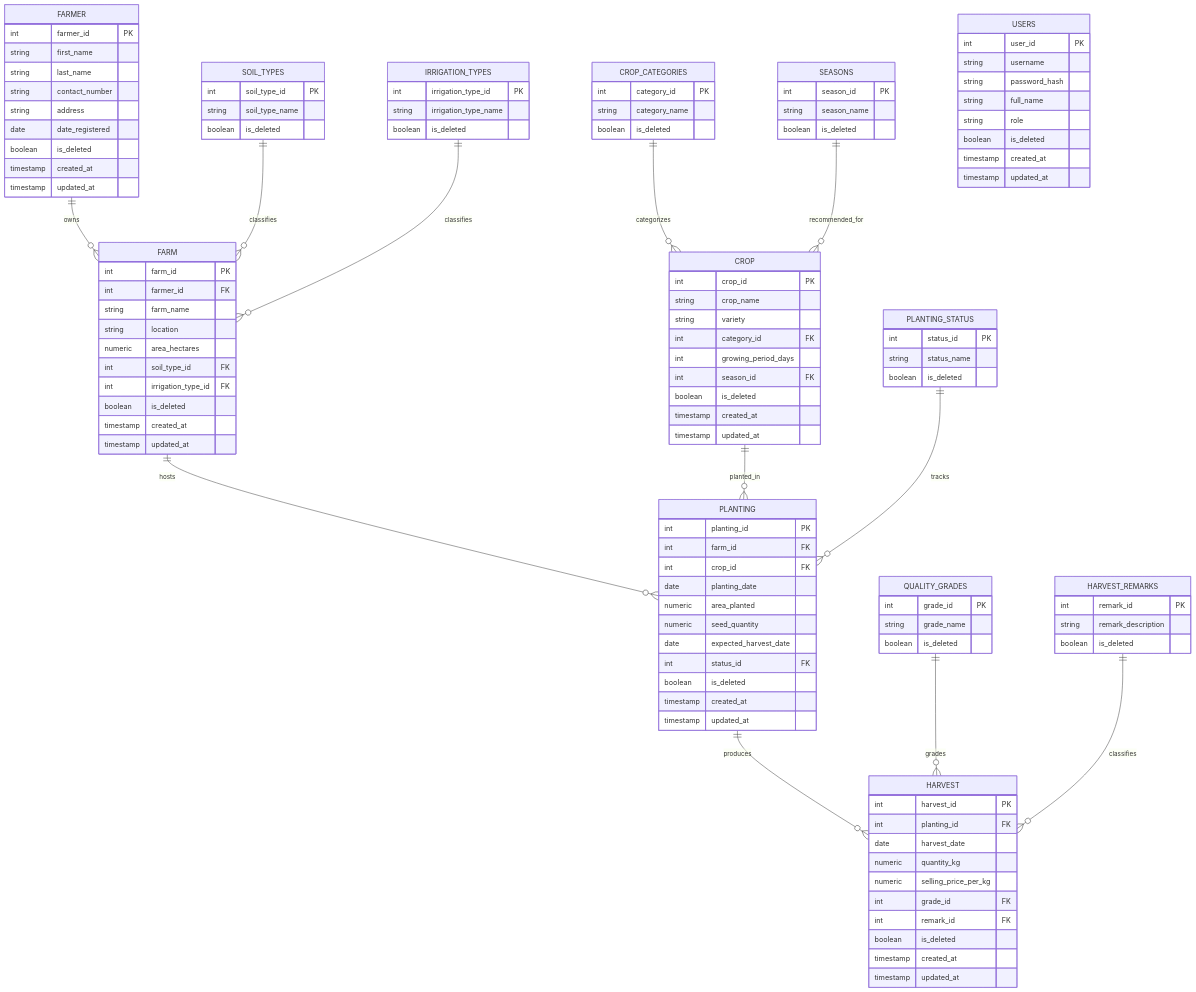
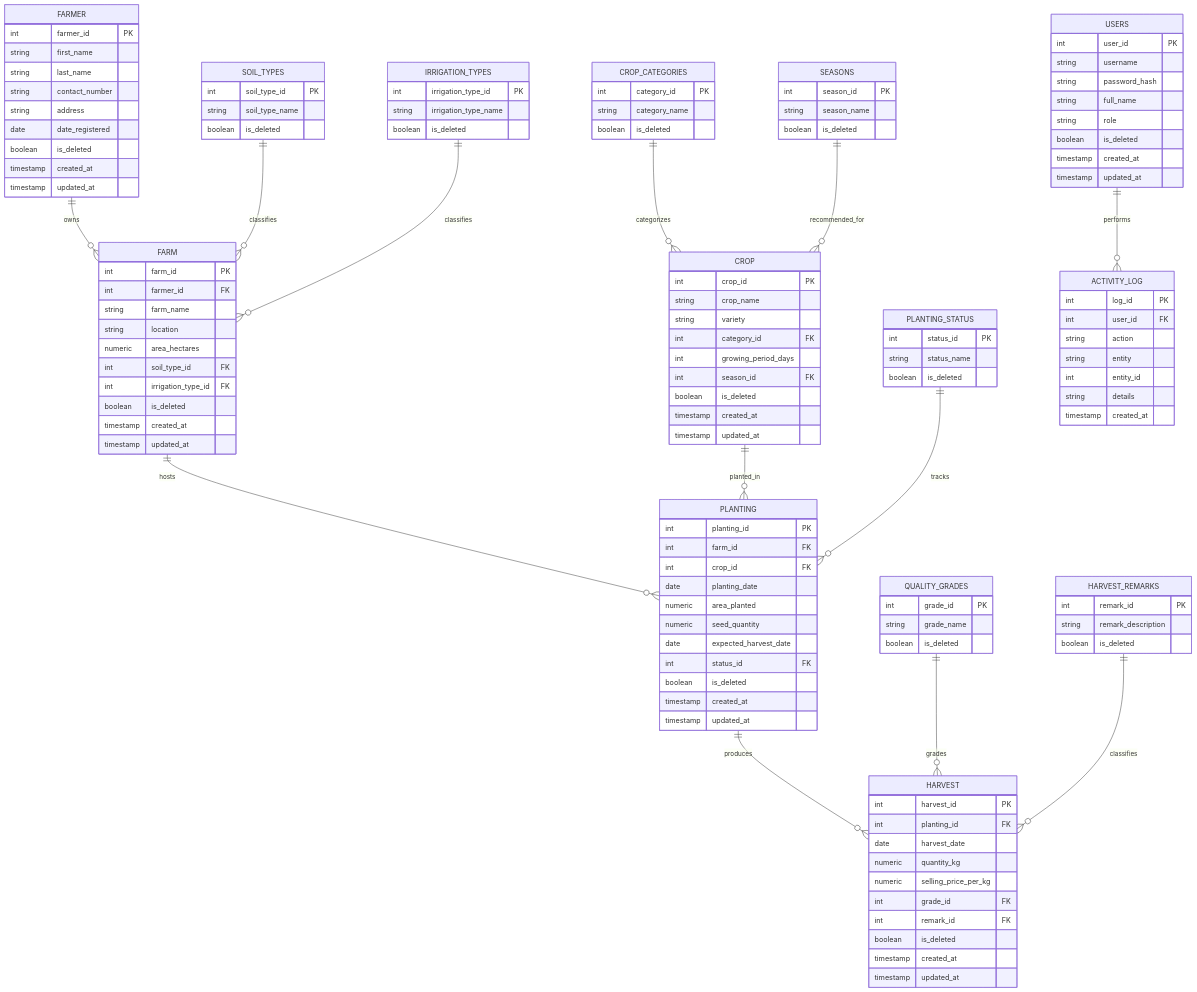
The diagram in README.md (villariasa/php-project-agriculture), drawn with Mermaid before and after one commit. The commit also changed other lines of this file and 5 other files, not shown here.

````diff
--- a/README.md
+++ b/README.md
@@ -257,4 +279,16 @@
         string remark_description
         boolean is_deleted
     }
+
+    USERS ||--o{ ACTIVITY_LOG : performs
+
+    ACTIVITY_LOG {
+        int log_id PK
+        int user_id FK
+        string action
+        string entity
+        int entity_id
+        string details
+        timestamp created_at
+    }
 ```
````
